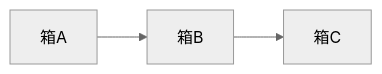
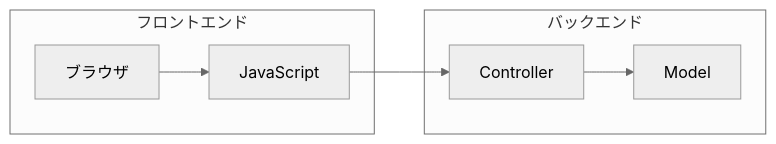
The second of 5 diagrams in 解説.md (syusyusyusyu/Attendance), drawn with Mermaid (neutral theme) before and after one commit. The commit also changed other lines of this file, not shown here.

````diff
--- a/解説.md
+++ b/解説.md
@@ -360,5 +918,10 @@
 ```mermaid
 flowchart LR
-  A[箱A] --> B[箱B]
-  B --> C[箱C]
+  subgraph Frontend[フロントエンド]
+    A[ブラウザ] --> B[JavaScript]
+  end
+  subgraph Backend[バックエンド]
+    C[Controller] --> D[Model]
+  end
+  B --> C
 ```
````
